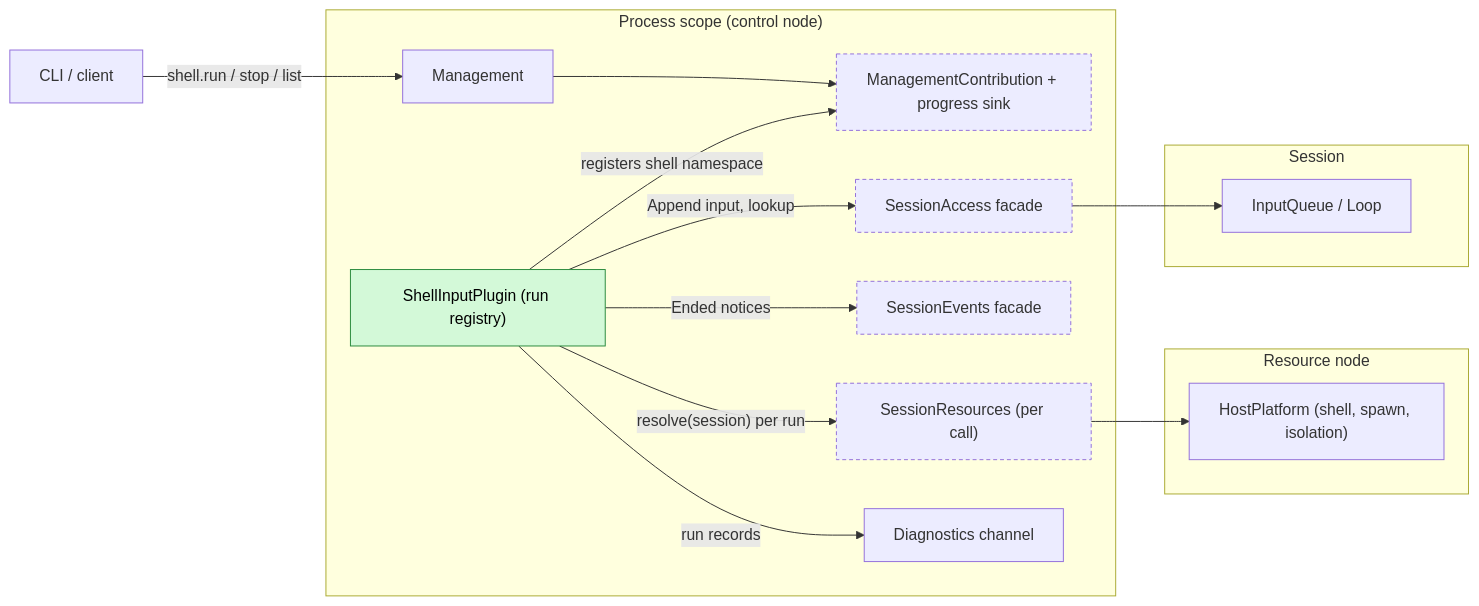
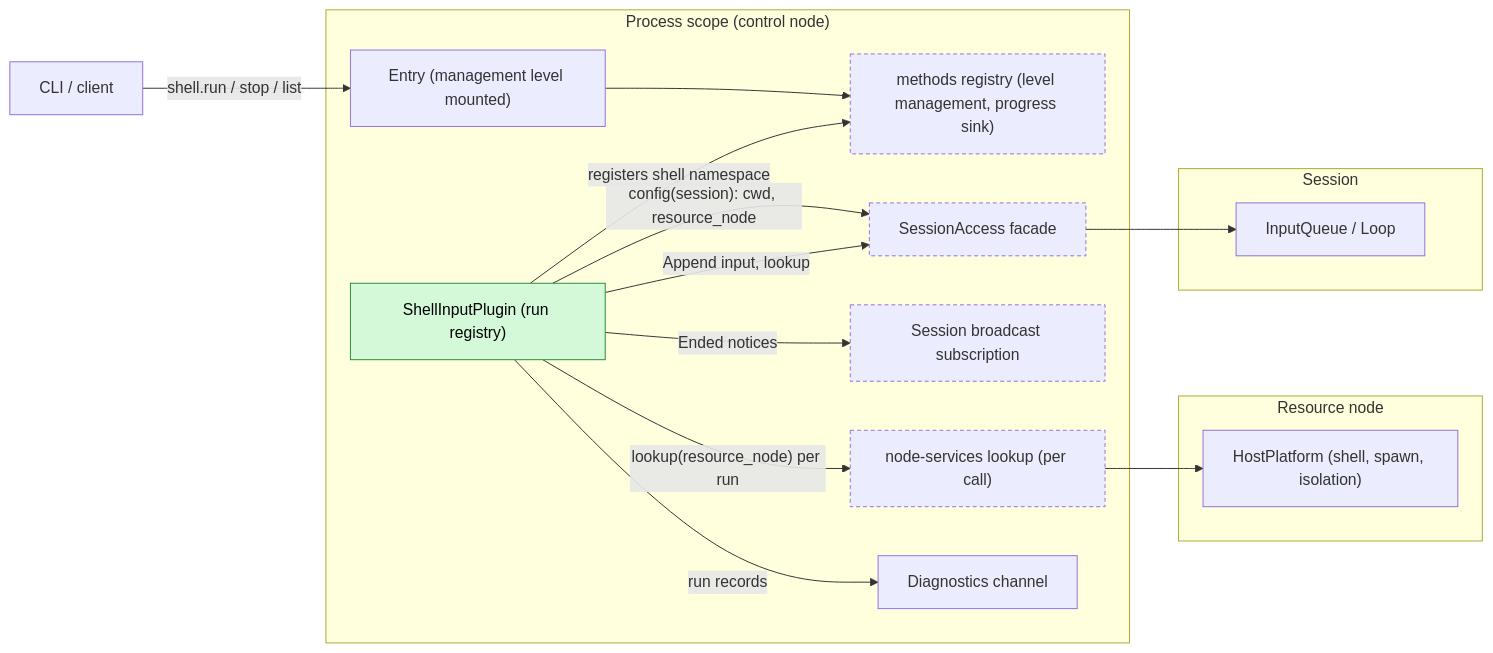
Before and after one commit to CoutinhoTTS/dim-agent: the first of 6 diagrams in docs/design/plugins/ShellInput.md, drawn with Mermaid. The commit also changed other lines of this file and 3 other files, not shown here.

````diff
--- a/docs/design/plugins/ShellInput.md
+++ b/docs/design/plugins/ShellInput.md
@@ -9,30 +9,31 @@
 ```mermaid
 flowchart LR
   CLI["CLI / client"]
   subgraph P["Process scope (control node)"]
-    MG["Management"]
-    MC["ManagementContribution + progress sink"]:::contract
+    MG["Entry (management level mounted)"]
+    MC["methods registry (level management, progress sink)"]:::contract
     SI["ShellInputPlugin (run registry)"]:::new
     SA["SessionAccess facade"]:::contract
-    SE["SessionEvents facade"]:::contract
-    SR["SessionResources (per call)"]:::contract
+    SE["Session broadcast subscription"]:::contract
+    NS["node-services lookup (per call)"]:::contract
     DG["Diagnostics channel"]
   end
   subgraph N["Resource node"]
     HP["HostPlatform (shell, spawn, isolation)"]
   end
   subgraph S["Session"]
     IQ["InputQueue / Loop"]
   end
   CLI -- "shell.run / stop / list" --> MG
   MG --> MC
   SI -- "registers shell namespace" --> MC
-  SI -- "resolve(session) per run" --> SR
-  SR --> HP
+  SI -- "config(session): cwd, resource_node" --> SA
+  SI -- "lookup(resource_node) per run" --> NS
+  NS --> HP
   SI -- "Append input, lookup" --> SA
   SA --> IQ
   SI -- "Ended notices" --> SE
   SI -- "run records" --> DG
   classDef new fill:#d3f9d8,stroke:#2b8a3e,color:#000
   classDef contract stroke-dasharray:4 3
 ```
````
